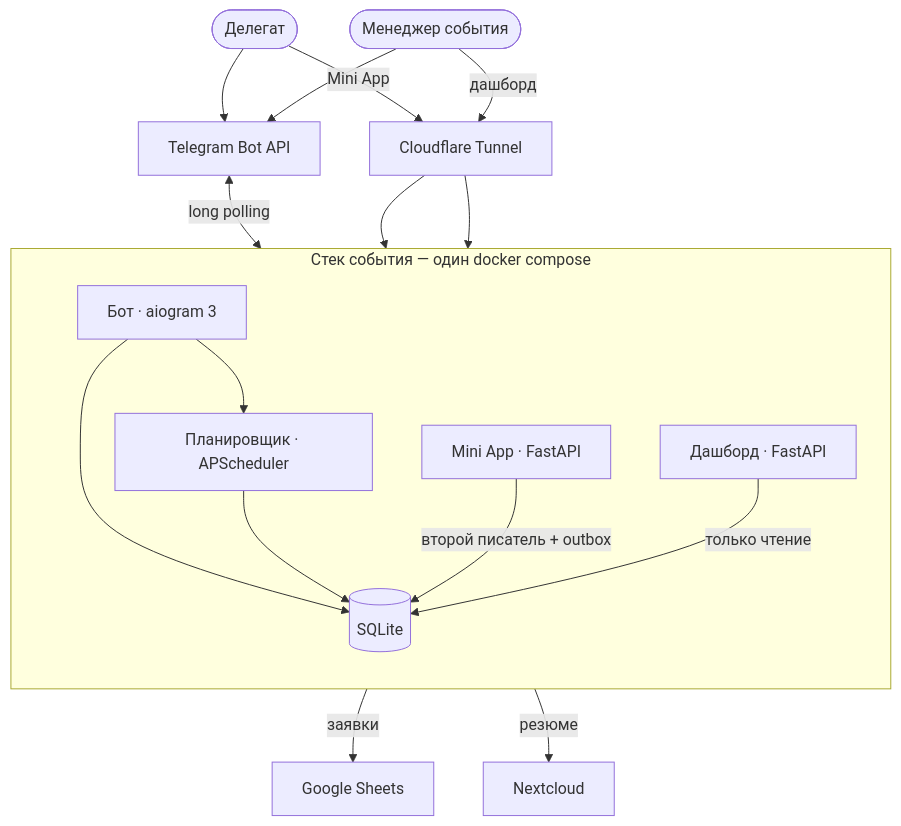
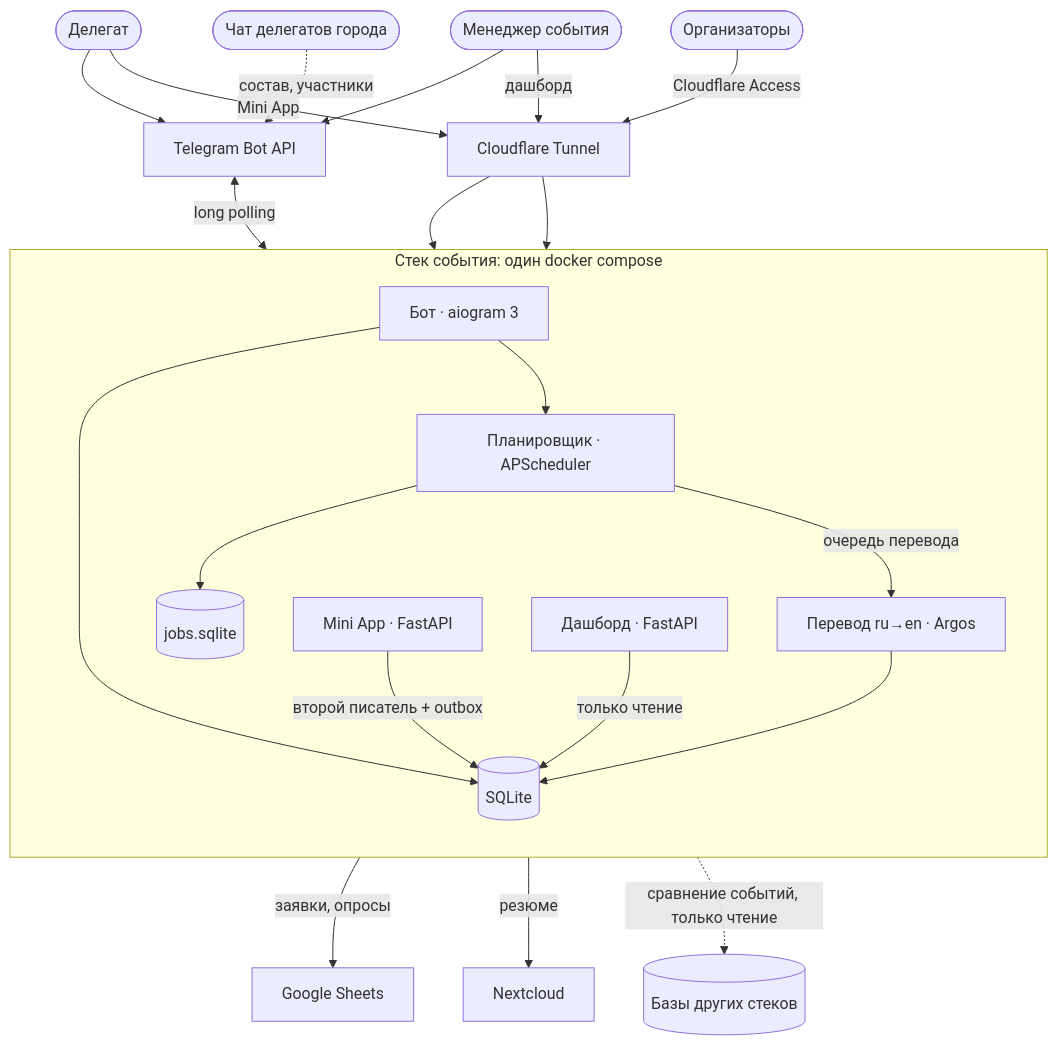
The first of 2 diagrams in README.md (qleafye/AIESEC_event_bot), drawn with Mermaid before and after one commit. The commit also changed other lines of this file and 1 other file, not shown here.

````diff
--- a/README.md
+++ b/README.md
@@ -47,26 +88,33 @@
 ```mermaid
 flowchart TB
     delegate(["Делегат"]) --> tg
     manager(["Менеджер события"]) --> tg
     tg["Telegram Bot API"] <-- "long polling" --> bot
+    chat(["Чат делегатов города"]) -. "состав, участники" .-> tg
 
-    subgraph stack["Стек события — один docker compose"]
+    subgraph stack["Стек события: один docker compose"]
         direction TB
         bot["Бот · aiogram 3"]
         sched["Планировщик · APScheduler"]
+        i18n["Перевод ru→en · Argos"]
         miniapp["Mini App · FastAPI"]
         dash["Дашборд · FastAPI"]
         db[("SQLite")]
+        jobs[("jobs.sqlite")]
         bot --> db
-        bot --> sched --> db
+        bot --> sched
+        sched --> jobs
+        sched -- "очередь перевода" --> i18n --> db
         miniapp -- "второй писатель + outbox" --> db
         dash -- "только чтение" --> db
     end
 
-    bot -- "заявки" --> sheets["Google Sheets"]
+    bot -- "заявки, опросы" --> sheets["Google Sheets"]
     bot -- "резюме" --> nextcloud["Nextcloud"]
     cf["Cloudflare Tunnel"] --> miniapp
     cf --> dash
     delegate -- "Mini App" --> cf
     manager -- "дашборд" --> cf
+    owner(["Организаторы"]) -- "Cloudflare Access" --> cf
+    dash -. "сравнение событий, только чтение" .-> others[("Базы других стеков")]
 ```
````
